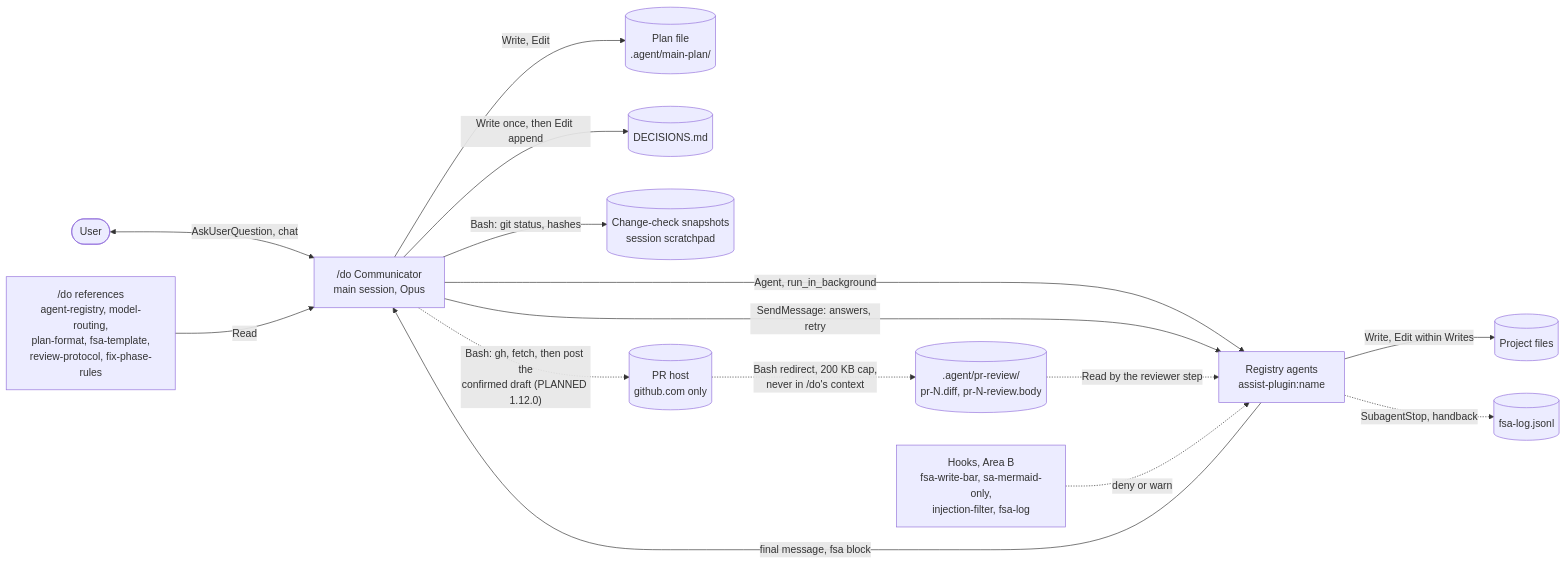
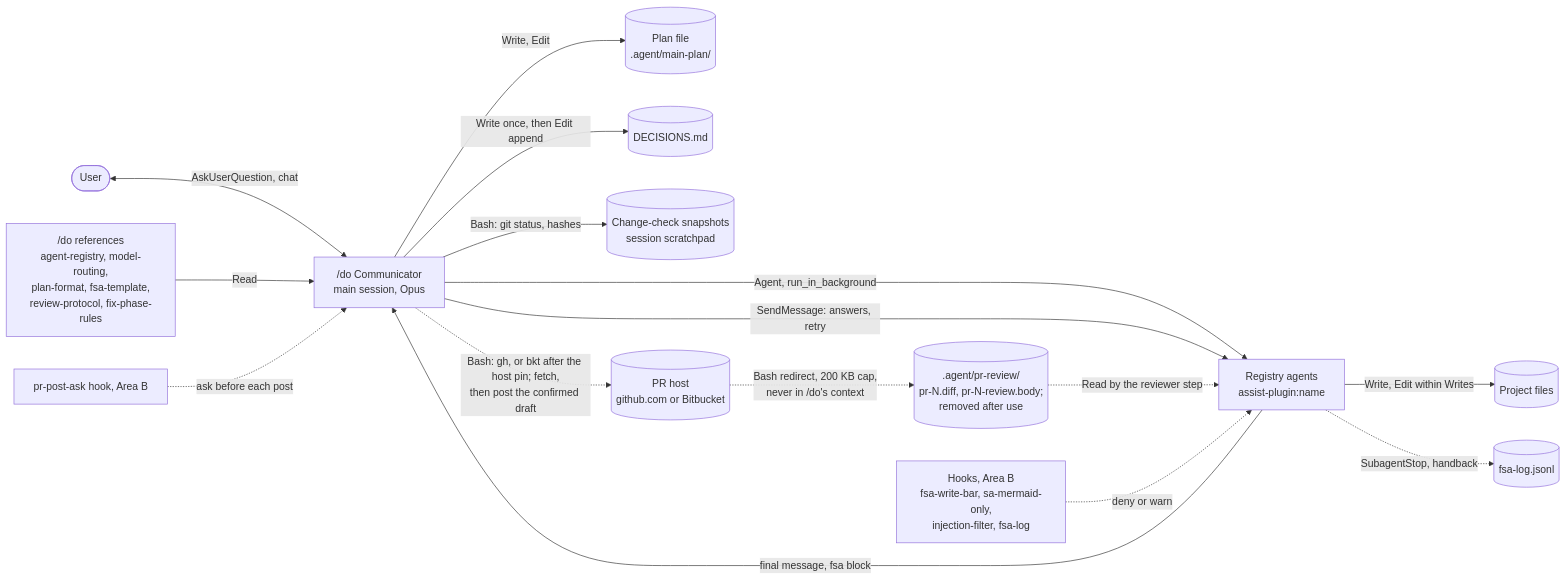
Before and after one commit to tjmonsi/assist-marketplace-plugin: the diagram in specs/spec-orchestration-topology.mmd, drawn with Mermaid. The commit also changed 24 other files, not shown here.

```diff
--- a/specs/spec-orchestration-topology.mmd
+++ b/specs/spec-orchestration-topology.mmd
@@ -1,15 +1,16 @@
 flowchart LR
   User(["User"]) <-->|"AskUserQuestion, chat"| Do["/do Communicator<br/>main session, Opus"]
   Refs["/do references<br/>agent-registry, model-routing,<br/>plan-format, fsa-template,<br/>review-protocol, fix-phase-rules"] -->|"Read"| Do
   Do -->|"Write, Edit"| Plan[("Plan file<br/>.agent/main-plan/")]
   Do -->|"Write once, then Edit append"| Dec[("DECISIONS.md")]
   Do -->|"Bash: git status, hashes"| Snap[("Change-check snapshots<br/>session scratchpad")]
   Do -->|"Agent, run_in_background"| Agents["Registry agents<br/>assist-plugin:name"]
   Do -->|"SendMessage: answers, retry"| Agents
   Agents -->|"final message, fsa block"| Do
   Agents -->|"Write, Edit within Writes"| Files[("Project files")]
-  Do -.->|"Bash: gh, fetch, then post the<br/>confirmed draft (PLANNED 1.12.0)"| PR[("PR host<br/>github.com only")]
-  PR -.->|"Bash redirect, 200 KB cap,<br/>never in /do's context"| PRS[(".agent/pr-review/<br/>pr-N.diff, pr-N-review.body")]
+  Do -.->|"Bash: gh, or bkt after the host pin; fetch,<br/>then post the confirmed draft"| PR[("PR host<br/>github.com or Bitbucket")]
+  PR -.->|"Bash redirect, 200 KB cap,<br/>never in /do's context"| PRS[(".agent/pr-review/<br/>pr-N.diff, pr-N-review.body;<br/>removed after use")]
   PRS -.->|"Read by the reviewer step"| Agents
+  AskHook["pr-post-ask hook, Area B"] -.->|"ask before each post"| Do
   Hooks["Hooks, Area B<br/>fsa-write-bar, sa-mermaid-only,<br/>injection-filter, fsa-log"] -.->|"deny or warn"| Agents
   Agents -.->|"SubagentStop, handback"| Log[("fsa-log.jsonl")]
```
